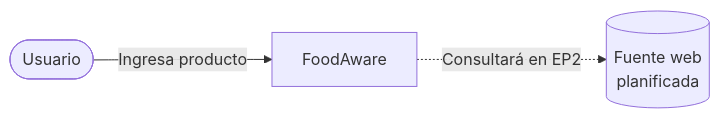
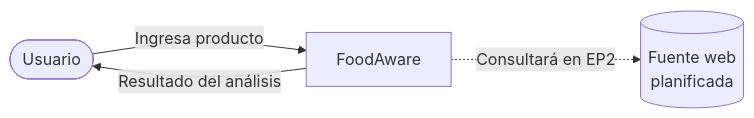
The first of 4 diagrams in docs/Arquitectura.md (Nachetao/FoodAware-Project), drawn with Mermaid before and after one commit. The commit also changed other lines of this file, not shown here.

Commit message:
docs: se corrige el diagrama de contexto con la respuesta que entrega el sistema al usuario y los tipos de datos del modelo de base da datos

````diff
--- a/docs/Arquitectura.md
+++ b/docs/Arquitectura.md
@@ -3,5 +3,6 @@
 ```mermaid
 flowchart LR
     Usuario([Usuario]) -->|Ingresa producto| FoodAware[FoodAware]
+    FoodAware -->|Resultado del análisis| Usuario
     FoodAware -.->|Consultará en EP2| FuenteWeb[(Fuente web\nplanificada)]
 ```
````
